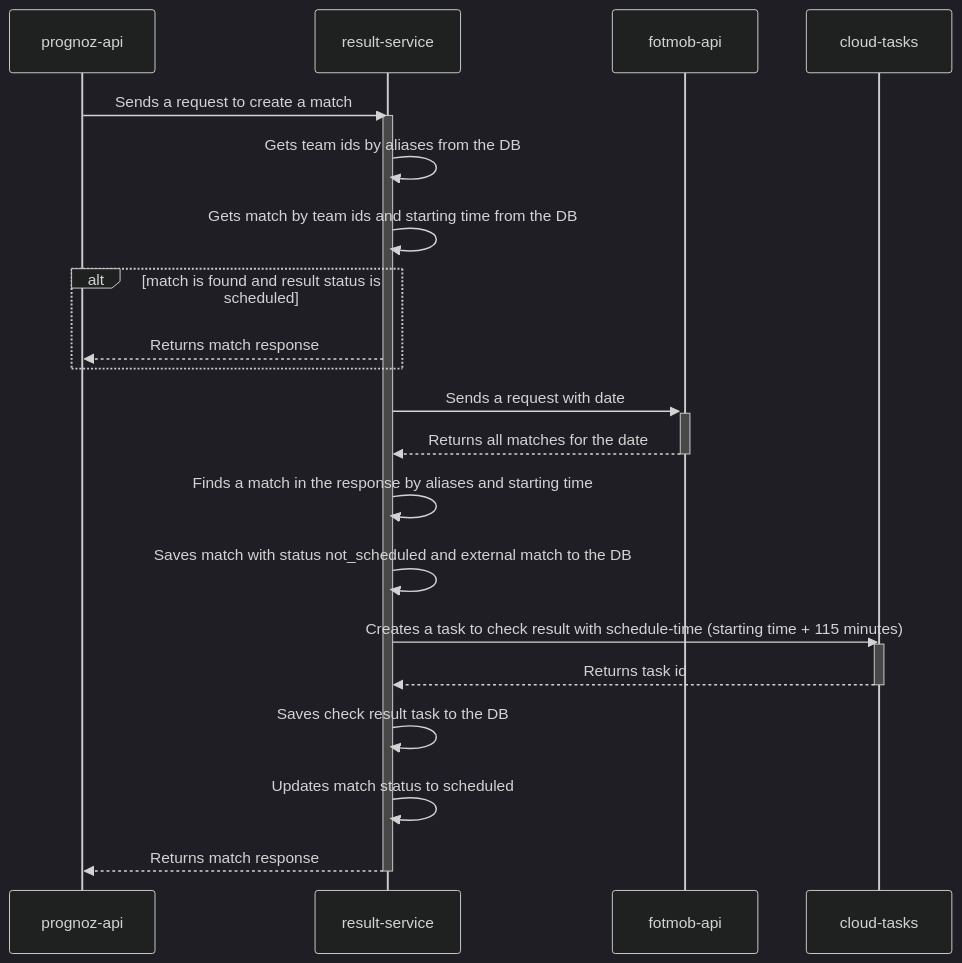
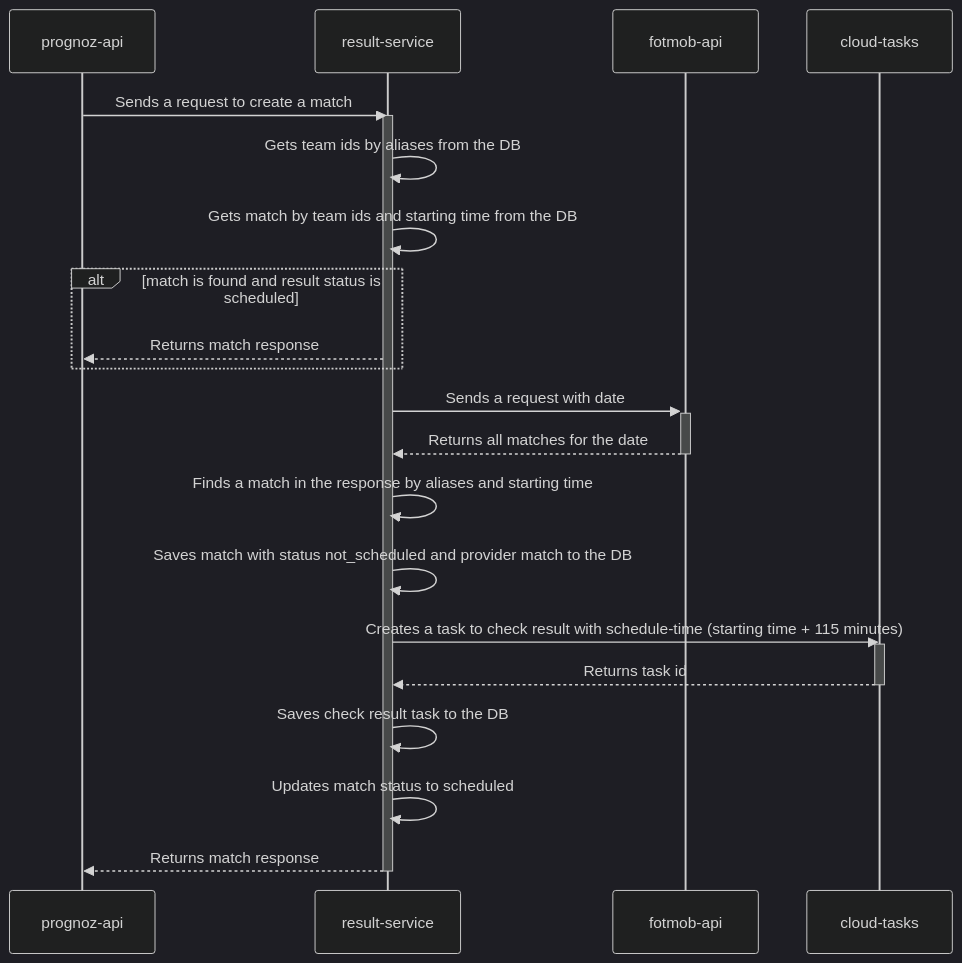
Before and after one commit to andrewshostak/result-service: the third of 7 diagrams in README.md, drawn with Mermaid (dark theme). The commit also changed other lines of this file and 26 other files, not shown here.

Commit message:
Replace `External*` with `Provider*` across codebase

````diff
--- a/README.md
+++ b/README.md
@@ -130,26 +150,26 @@
 ```mermaid
 sequenceDiagram
 participant API as prognoz-api
 participant ResultService as result-service
 participant Fotmob as fotmob-api
 participant CloudTasks as cloud-tasks
 API->>ResultService: Sends a request to create a match
 Activate ResultService
 ResultService->>ResultService: Gets team ids by aliases from the DB
 ResultService->>ResultService: Gets match by team ids and starting time from the DB
 alt match is found and result status is scheduled
     ResultService-->>API: Returns match response
 end
 ResultService->>+Fotmob: Sends a request with date
 Fotmob-->>-ResultService: Returns all matches for the date
 ResultService->>ResultService: Finds a match in the response by aliases and starting time
-ResultService->>ResultService: Saves match with status not_scheduled and external match to the DB
+ResultService->>ResultService: Saves match with status not_scheduled and provider match to the DB
 ResultService->>CloudTasks: Creates a task to check result with schedule-time (starting time + 115 minutes)
 Activate CloudTasks
 CloudTasks-->>ResultService: Returns task id
 Deactivate CloudTasks
 ResultService->>ResultService: Saves check result task to the DB
 ResultService->>ResultService: Updates match status to scheduled
 ResultService-->>API: Returns match response
 Deactivate ResultService
 ```
````
